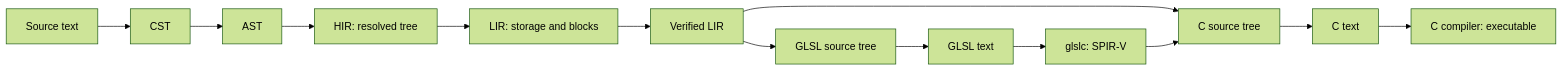
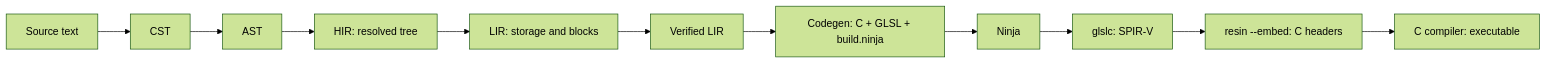
The diagram in doc/architecture.md (tsnl/resin), drawn with Mermaid (forest theme) before and after one commit. The commit also changed other lines of this file and 223 other files, not shown here.

First line of the commit message:
Simplify immutable compiler phases and generate native Ninja projects

````diff
--- a/doc/architecture.md
+++ b/doc/architecture.md
@@ -30,15 +34,13 @@
 ```mermaid
 flowchart LR
     text[Source text] --> cst[CST]
     cst --> ast[AST]
     ast --> hir[HIR: resolved tree]
     hir --> lir[LIR: storage and blocks]
     lir --> verified[Verified LIR]
-    verified --> glsl[GLSL source tree]
-    glsl --> glsltext[GLSL text]
-    glsltext --> spirv[glslc: SPIR-V]
-    verified --> c[C source tree]
-    spirv --> c
-    c --> ctext[C text]
-    ctext --> executable[C compiler: executable]
+    verified --> project[Codegen: C + GLSL + build.ninja]
+    project --> ninja[Ninja]
+    ninja --> spirv[glslc: SPIR-V]
+    spirv --> headers[resin --embed: C headers]
+    headers --> executable[C compiler: executable]
 ```
````
